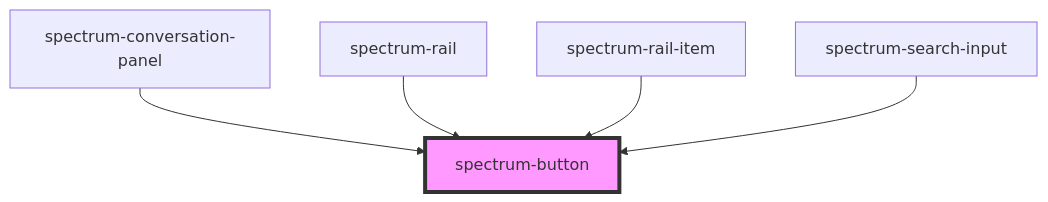
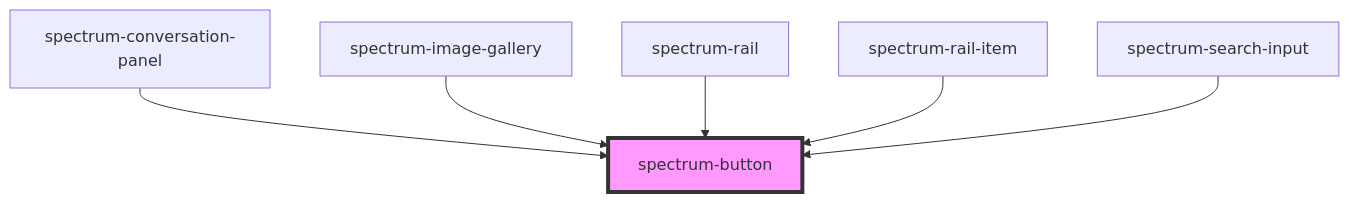
Before and after one commit to emamirelar/spectrum: the diagram in packages/core/src/components/spectrum-button/readme.md, drawn with Mermaid. The commit also changed other lines of this file and 23 other files, not shown here.

````diff
--- a/packages/core/src/components/spectrum-button/readme.md
+++ b/packages/core/src/components/spectrum-button/readme.md
@@ -53,8 +54,9 @@
 ```mermaid
 graph TD;
   spectrum-conversation-panel --> spectrum-button
+  spectrum-image-gallery --> spectrum-button
   spectrum-rail --> spectrum-button
   spectrum-rail-item --> spectrum-button
   spectrum-search-input --> spectrum-button
   style spectrum-button fill:#f9f,stroke:#333,stroke-width:4px
 ```
````
